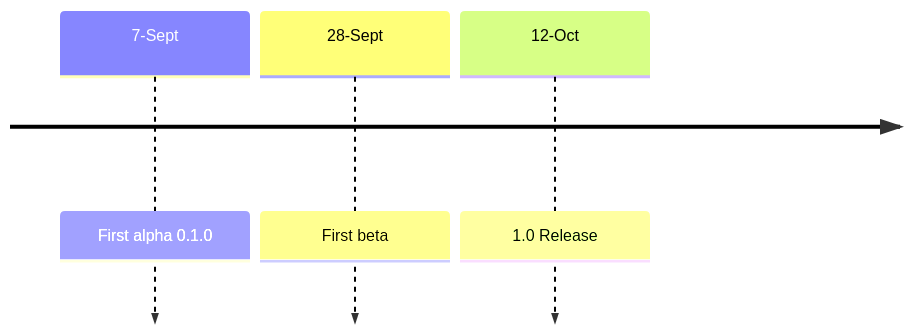
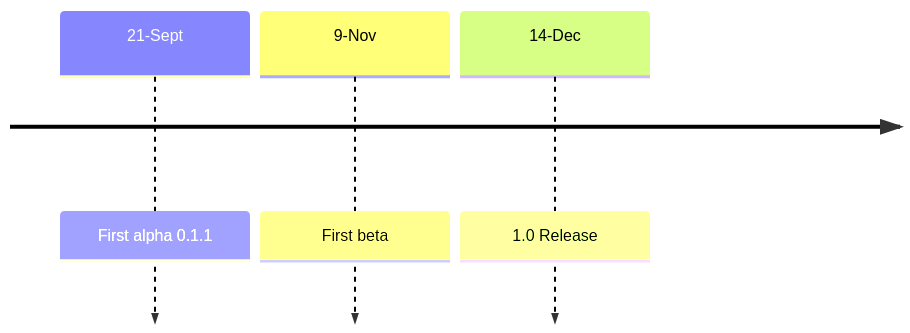
Before and after one commit to koor-tech/handbook-redux: the diagram in docs/engineering/product/product-roadmap.md, drawn with Mermaid. The commit also changed other lines of this file and 2 other files, not shown here.

Commit message:
docs: update timeline and feature lists (#50)

````diff
--- a/docs/engineering/product/product-roadmap.md
+++ b/docs/engineering/product/product-roadmap.md
@@ -115,6 +115,6 @@
 ```mermaid
 timeline
-    7-Sept : First alpha 0.1.0
-    28-Sept : First beta
-    12-Oct : 1.0 Release
+    21-Sept : First alpha 0.1.1
+    9-Nov : First beta
+    14-Dec : 1.0 Release
 ```
````
